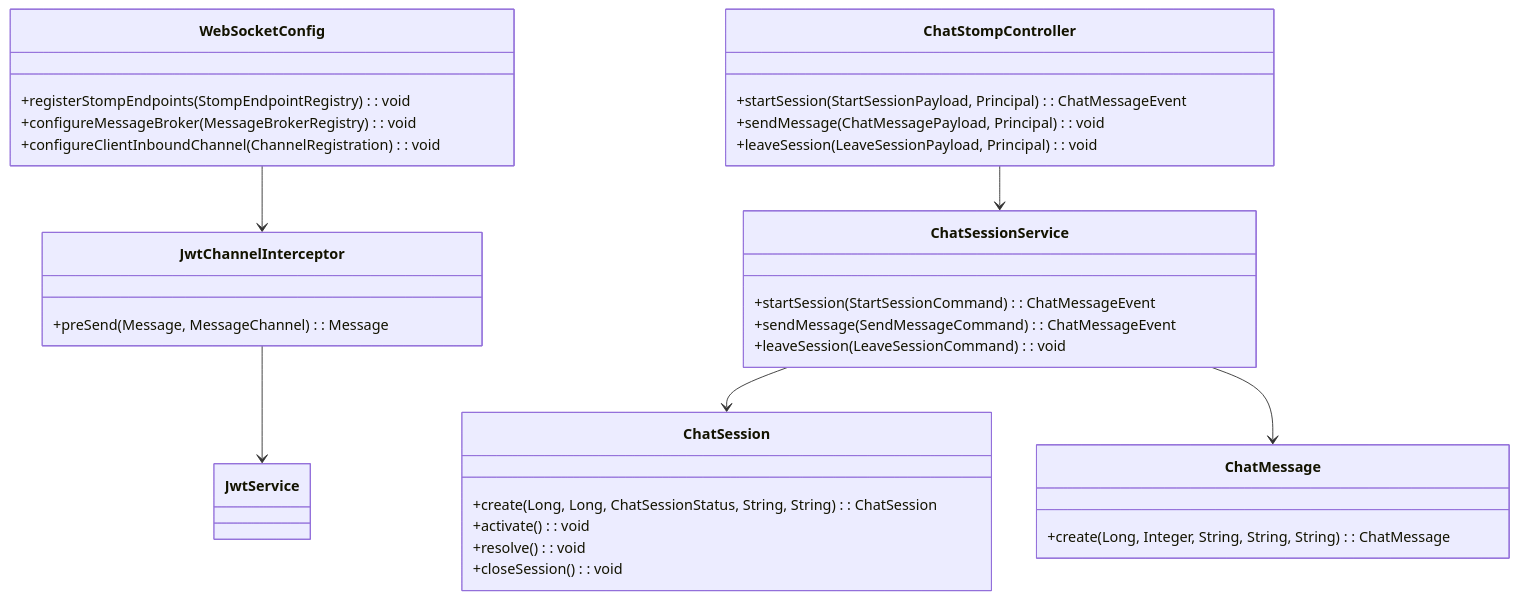
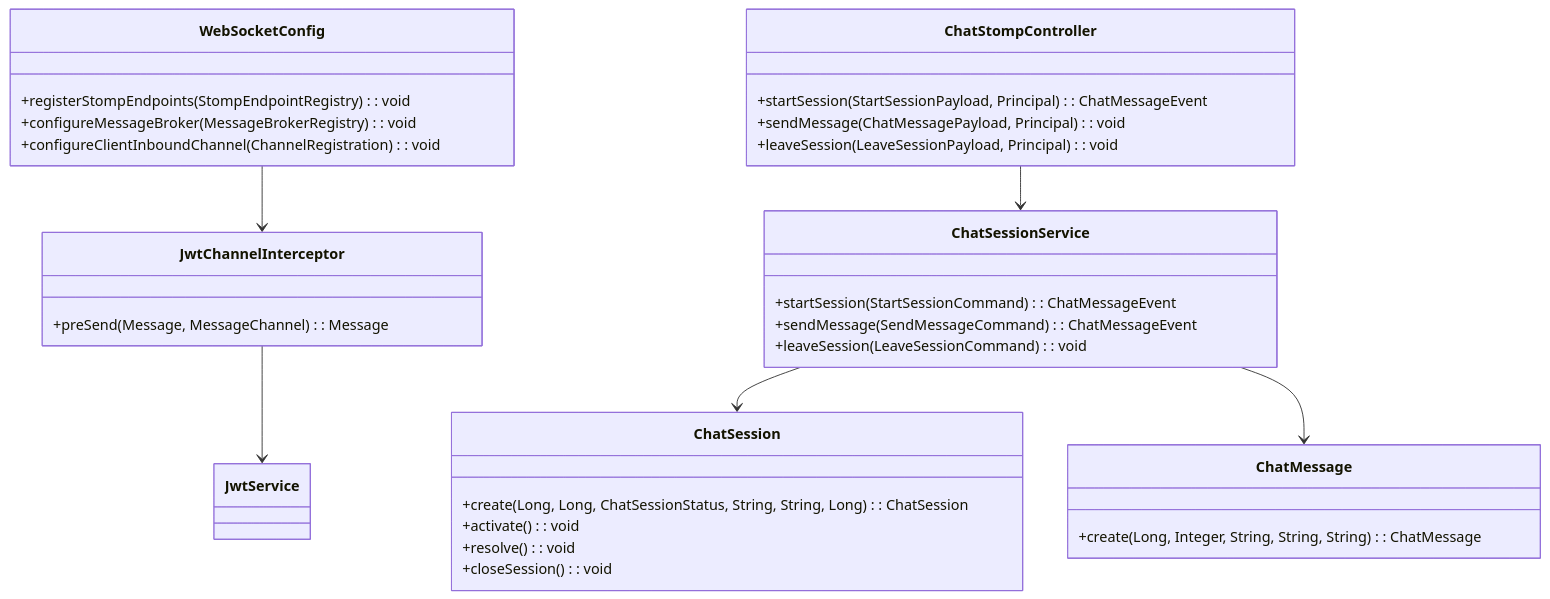
Before and after one commit to ajou-2026-1-capstone-5/ostone: the second of 2 diagrams in .agent/specs/5.3.2.md, drawn with Mermaid. The commit also changed other lines of this file, not shown here.

Commit message:
docs(spec): resolve PR review - startSession queue, role auth, startedBy atomicity

````diff
--- a/.agent/specs/5.3.2.md
+++ b/.agent/specs/5.3.2.md
@@ -133,35 +135,35 @@
 ```mermaid
 classDiagram
     class WebSocketConfig {
         +registerStompEndpoints(StompEndpointRegistry): void
         +configureMessageBroker(MessageBrokerRegistry): void
         +configureClientInboundChannel(ChannelRegistration): void
     }
     class ChatStompController {
         +startSession(StartSessionPayload, Principal): ChatMessageEvent
         +sendMessage(ChatMessagePayload, Principal): void
         +leaveSession(LeaveSessionPayload, Principal): void
     }
     class ChatSessionService {
         +startSession(StartSessionCommand): ChatMessageEvent
         +sendMessage(SendMessageCommand): ChatMessageEvent
         +leaveSession(LeaveSessionCommand): void
     }
     class JwtChannelInterceptor {
         +preSend(Message, MessageChannel): Message
     }
     class ChatSession {
-        +create(Long, Long, ChatSessionStatus, String, String): ChatSession
+        +create(Long, Long, ChatSessionStatus, String, String, Long): ChatSession
         +activate(): void
         +resolve(): void
         +closeSession(): void
     }
     class ChatMessage {
         +create(Long, Integer, String, String, String): ChatMessage
     }
     WebSocketConfig --> JwtChannelInterceptor
     ChatStompController --> ChatSessionService
     ChatSessionService --> ChatSession
     ChatSessionService --> ChatMessage
     JwtChannelInterceptor --> JwtService
 ```
````
